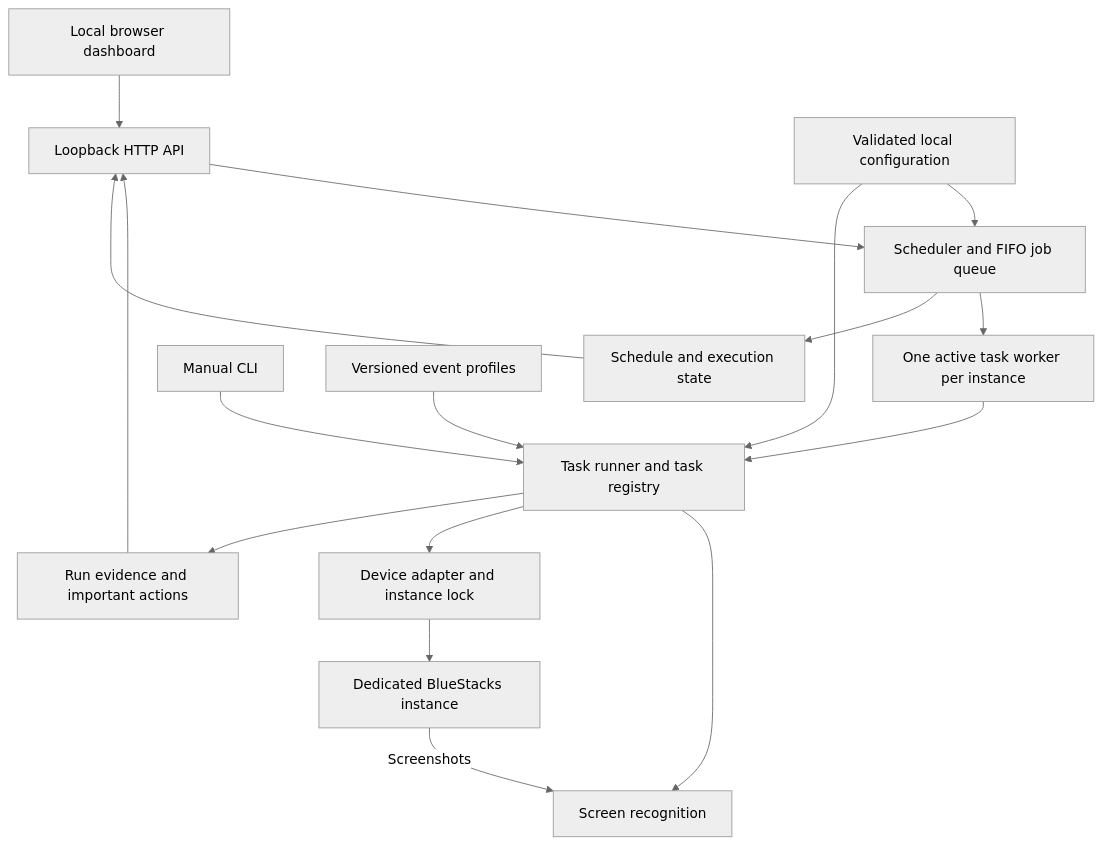
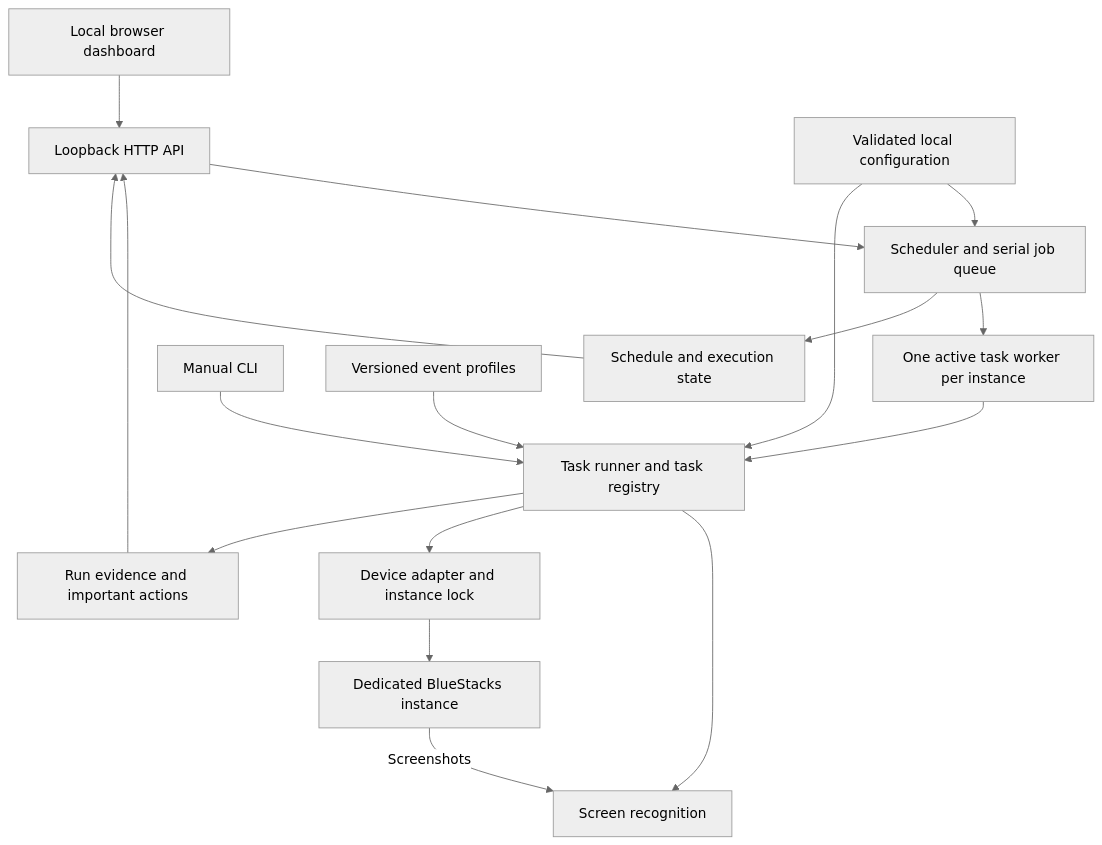
The first of 2 diagrams in docs/design.md (davidmwest/blue-archive-automator), drawn with Mermaid (neutral theme) before and after one commit. The commit also changed other lines of this file and 9 other files, not shown here.

````diff
--- a/docs/design.md
+++ b/docs/design.md
@@ -32,19 +32,19 @@
 ```mermaid
 flowchart TB
     User[Local browser dashboard] --> API[Loopback HTTP API]
-    API --> Queue[Scheduler and FIFO job queue]
+    API --> Queue[Scheduler and serial job queue]
     Queue --> Worker[One active task worker per instance]
     CLI[Manual CLI] --> Task[Task runner and task registry]
     Worker --> Task
     Settings[Validated local configuration] --> Queue
     Settings --> Task
     Events[Versioned event profiles] --> Task
     Task --> Vision[Screen recognition]
     Task --> Device[Device adapter and instance lock]
     Device --> Game[Dedicated BlueStacks instance]
     Game -->|Screenshots| Vision
     Task --> Evidence[Run evidence and important actions]
     Queue --> State[Schedule and execution state]
     Evidence --> API
     State --> API
 ```
````
